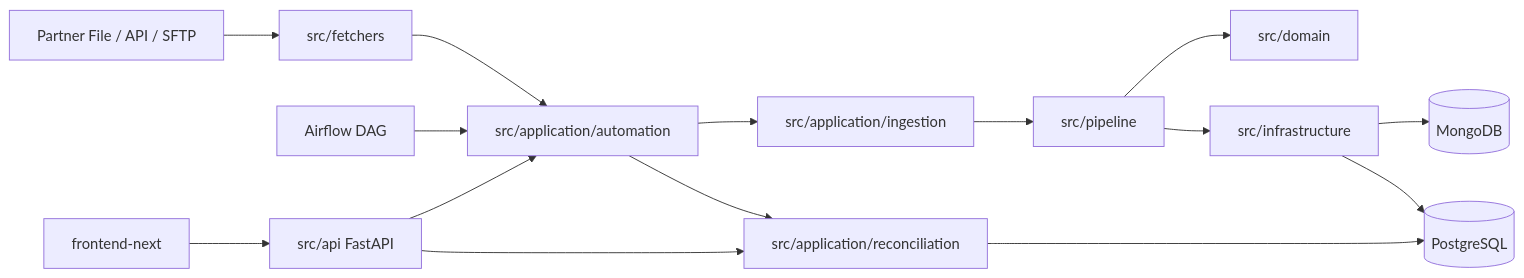
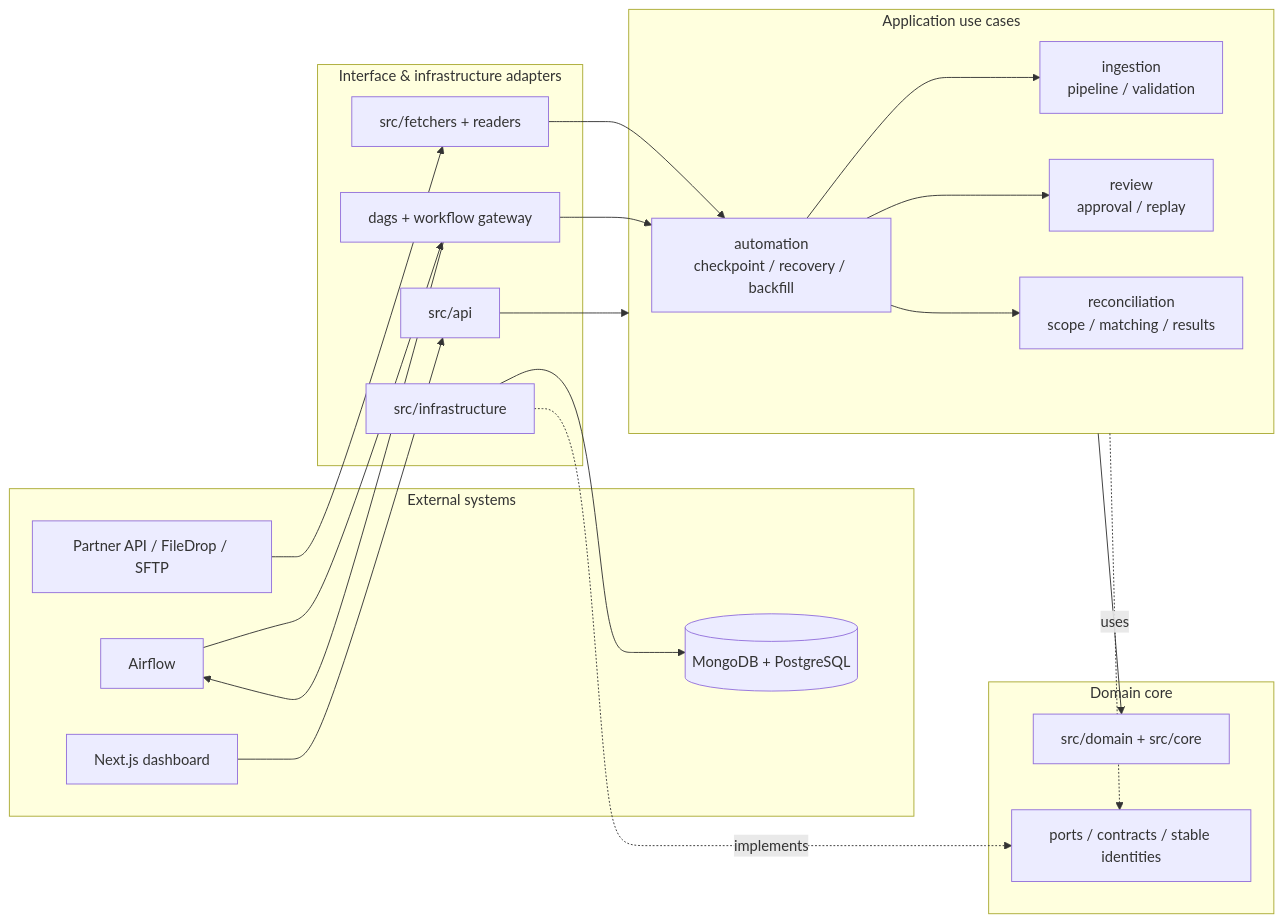
One commit to kuokdavinci/ReconciliationIngestionPlatform changed the diagram in README.md. Above: the diagram before and after it, drawn with Mermaid. The commit also changed other lines of this file and 64 other files, not shown here.

Commit message:
refactor: streamline phase2 architecture and harden runtime

````diff
--- a/README.md
+++ b/README.md
@@ -20,17 +20,41 @@
 ```mermaid
 flowchart LR
-    S[Partner File / API / SFTP] --> F[src/fetchers]
-    F --> O[src/application/automation]
-    AF[Airflow DAG] --> O
-    O --> U[src/application/ingestion]
-    U --> P[src/pipeline]
-    P --> D[src/domain]
-    P --> I[src/infrastructure]
-    I --> M[(MongoDB)]
-    I --> PG[(PostgreSQL)]
-    O --> R[src/application/reconciliation]
-    R --> PG
-    API[src/api FastAPI] --> O
-    API --> R
-    UI[frontend-next] --> API
+    subgraph OUT[External systems]
+        UI[Next.js dashboard]
+        SRC[Partner API / FileDrop / SFTP]
+        DB[(MongoDB + PostgreSQL)]
+        AF[Airflow]
+    end
+
+    subgraph ADAPTER[Interface & infrastructure adapters]
+        API[src/api]
+        FETCH[src/fetchers + readers]
+        REPO[src/infrastructure]
+        DAG[dags + workflow gateway]
+    end
+
+    subgraph APP[Application use cases]
+        AUTO[automation\ncheckpoint / recovery / backfill]
+        ING[ingestion\npipeline / validation]
+        REV[review\napproval / replay]
+        REC[reconciliation\nscope / matching / results]
+    end
+
+    subgraph CORE[Domain core]
+        DOMAIN[src/domain + src/core]
+        PORTS[ports / contracts / stable identities]
+    end
+
+    UI --> API
+    API --> APP
+    SRC --> FETCH --> AUTO
+    AF --> DAG --> AUTO
+    AUTO --> ING
+    AUTO --> REV
+    AUTO --> REC
+    APP --> DOMAIN
+    APP -. uses .-> PORTS
+    REPO -. implements .-> PORTS
+    REPO --> DB
+    DAG --> AF
 ```
````
